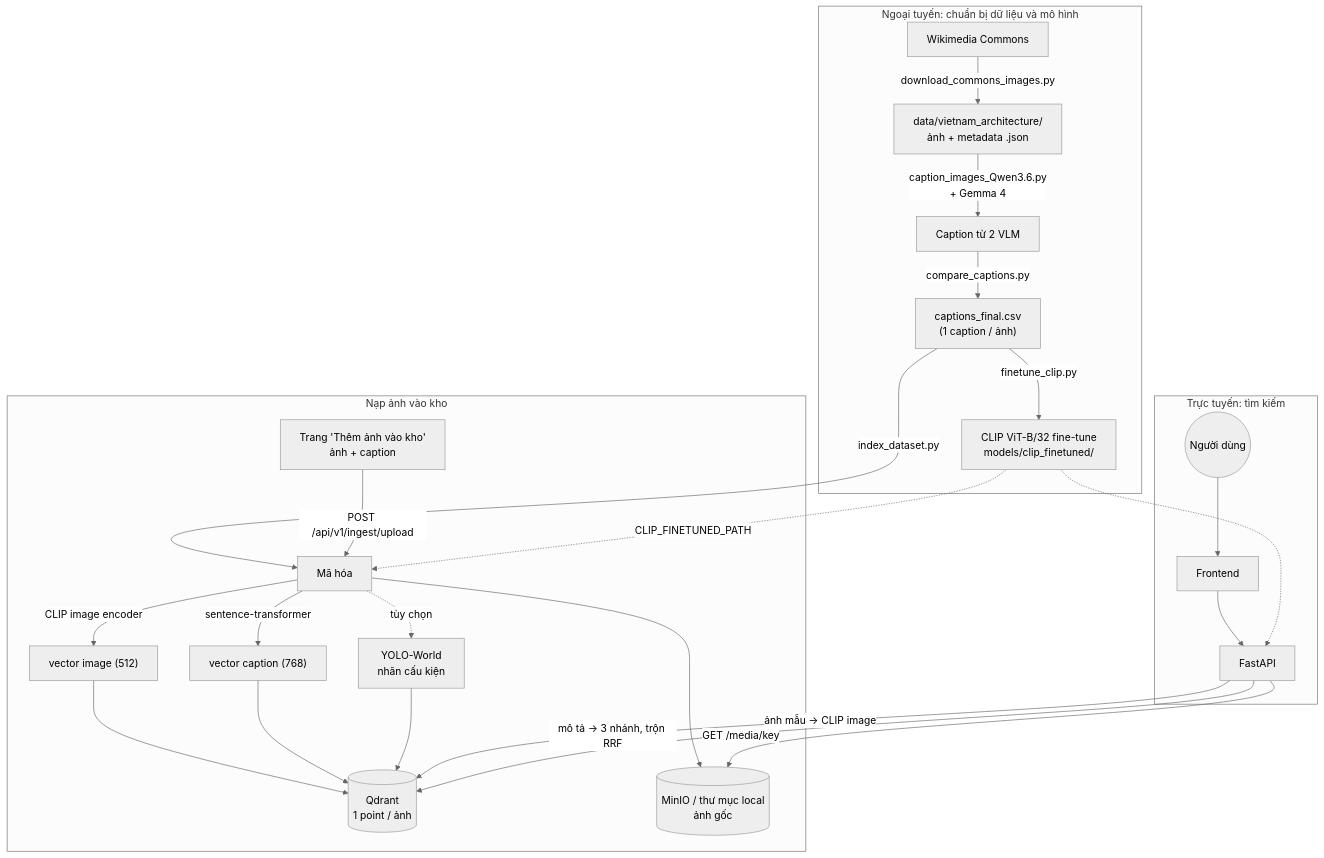
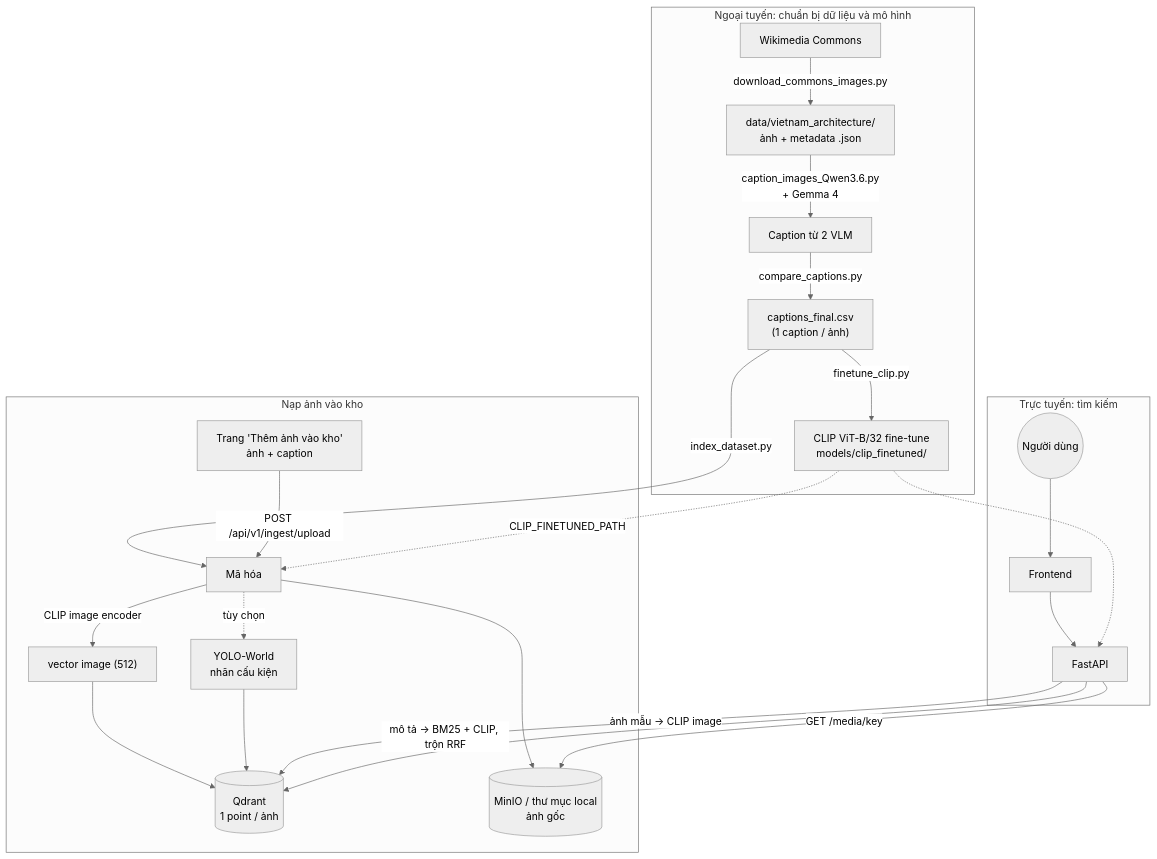
The diagram in SYSTEM_ARCHITECTURE.md (DuyLuanVo/KIS-AAI-DM-Master), drawn with Mermaid (neutral theme) before and after one commit. The commit also changed other lines of this file and 16 other files, not shown here.

First line of the commit message:
refactor: drop semantic caption branch, search by keyword + CLIP

````diff
--- a/SYSTEM_ARCHITECTURE.md
+++ b/SYSTEM_ARCHITECTURE.md
@@ -7,28 +7,27 @@
 ```mermaid
 flowchart TD
     subgraph OFF["Ngoại tuyến: chuẩn bị dữ liệu và mô hình"]
         WIKI["Wikimedia Commons"] -->|download_commons_images.py| DATA["data/vietnam_architecture/<br>ảnh + metadata .json"]
         DATA -->|caption_images_Qwen3.6.py<br>+ Gemma 4| CAP["Caption từ 2 VLM"]
         CAP -->|compare_captions.py| FINAL["captions_final.csv<br>(1 caption / ảnh)"]
         FINAL -->|finetune_clip.py| FT["CLIP ViT-B/32 fine-tune<br>models/clip_finetuned/"]
     end
 
     subgraph IDX["Nạp ảnh vào kho"]
         FINAL -->|index_dataset.py| ENC
         UP["Trang 'Thêm ảnh vào kho'<br>ảnh + caption"] -->|POST /api/v1/ingest/upload| ENC["Mã hóa"]
         ENC -->|CLIP image encoder| VI["vector image (512)"]
-        ENC -->|sentence-transformer| VC["vector caption (768)"]
         ENC -.->|tùy chọn| YOLO["YOLO-World<br>nhãn cấu kiện"]
-        VI & VC & YOLO --> Q[("Qdrant<br>1 point / ảnh")]
+        VI & YOLO --> Q[("Qdrant<br>1 point / ảnh")]
         ENC --> S[("MinIO / thư mục local<br>ảnh gốc")]
     end
 
     subgraph ON["Trực tuyến: tìm kiếm"]
         U(("Người dùng")) --> WEB["Frontend"] --> API["FastAPI"]
         API -->|ảnh mẫu → CLIP image| Q
-        API -->|mô tả → 3 nhánh, trộn RRF| Q
+        API -->|mô tả → BM25 + CLIP, trộn RRF| Q
         API -->|GET /media/key| S
     end
     FT -.->|CLIP_FINETUNED_PATH| ENC
     FT -.-> API
 ```
````
